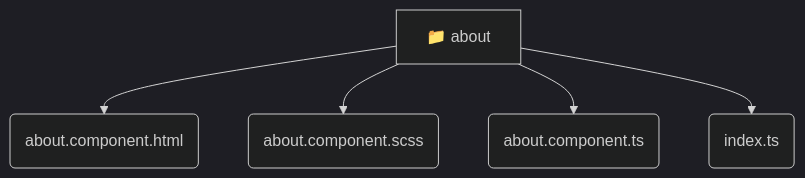
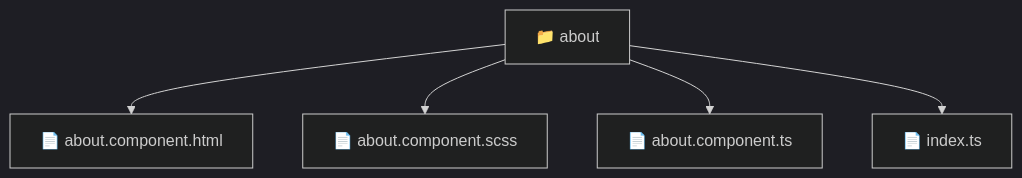
Before and after one commit to beginwebdev2002/fullstack-mavluda: the diagram in frontend/src/pages/about/README.md, drawn with Mermaid (dark theme). The commit also changed other lines of this file and 163 other files, not shown here.

````diff
--- a/frontend/src/pages/about/README.md
+++ b/frontend/src/pages/about/README.md
@@ -11,8 +10,8 @@
 ```mermaid
 graph TD
-  about[📁 about]
-  about --> about_about_component_html(about.component.html)
-  about --> about_about_component_scss(about.component.scss)
-  about --> about_about_component_ts(about.component.ts)
-  about --> about_index_ts(index.ts)
+  Root["📁 about"]
+  Root --> aboutcomponenthtml["📄 about.component.html"]
+  Root --> aboutcomponentscss["📄 about.component.scss"]
+  Root --> aboutcomponentts["📄 about.component.ts"]
+  Root --> indexts["📄 index.ts"]
 ```
````
